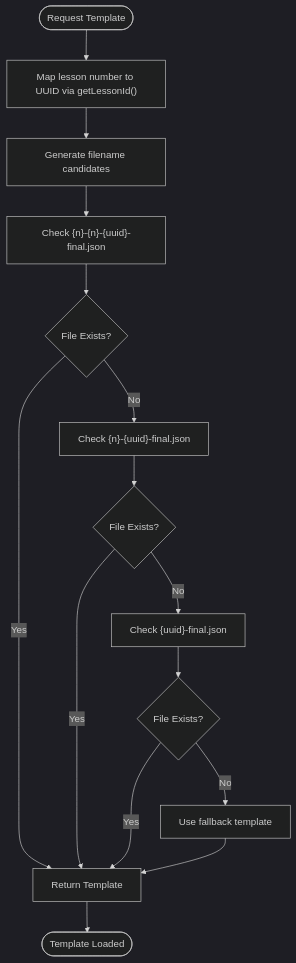
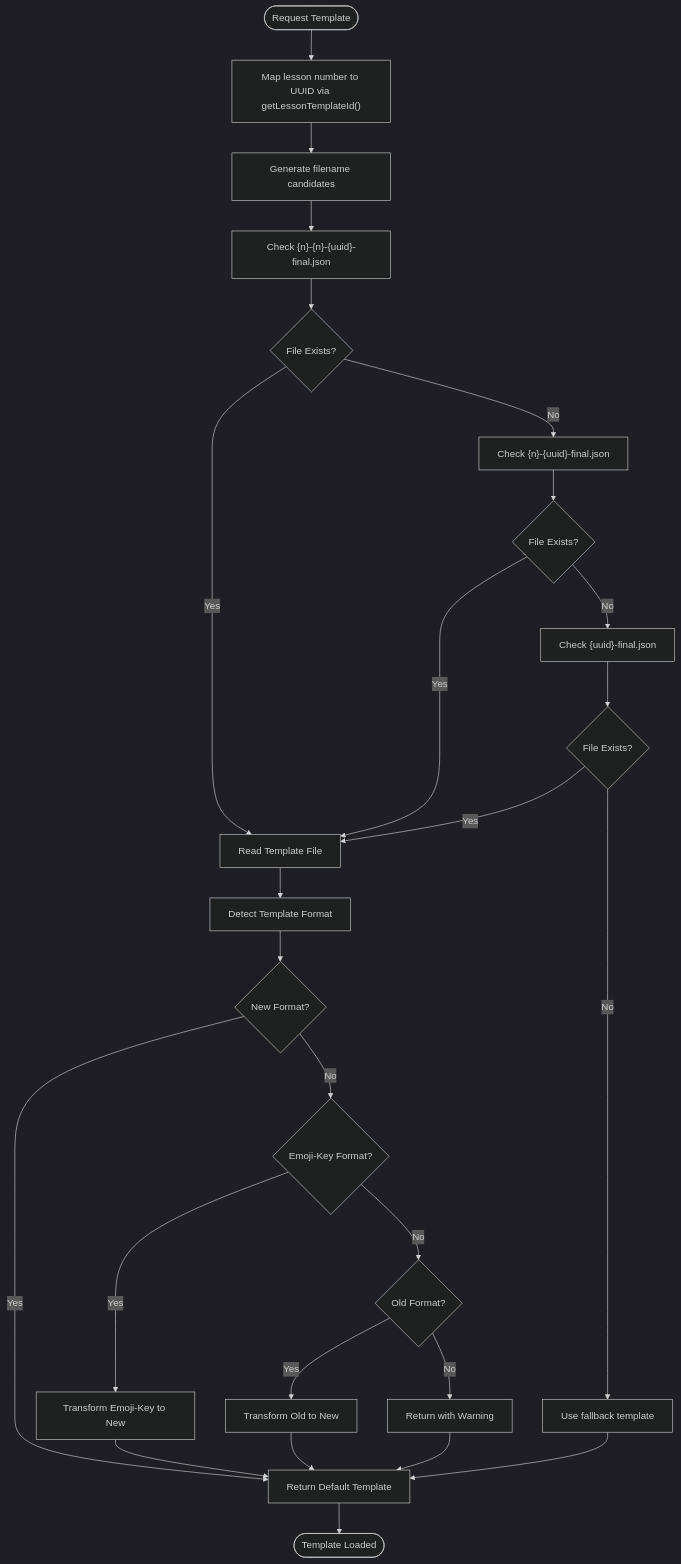
The first of 6 diagrams in .qoder/repowiki/en/content/Personalization Engine/Template Loading Strategy.md (lommaks777/pesonalisev2), drawn with Mermaid (dark theme) before and after one commit. The commit also changed other lines of this file and 16 other files, not shown here.

First line of the commit message:
feat(api): add CORS support and default template fallback for persona endpoints

````diff
--- a/.qoder/repowiki/en/content/Personalization Engine/Template Loading Strategy.md
+++ b/.qoder/repowiki/en/content/Personalization Engine/Template Loading Strategy.md
@@ -31,17 +41,28 @@
 ```mermaid
 flowchart TD
-Start([Request Template]) --> MapLessonId["Map lesson number to UUID via getLessonId()"]
+Start([Request Template]) --> MapLessonId["Map lesson number to UUID via getLessonTemplateId()"]
 MapLessonId --> GenerateCandidates["Generate filename candidates"]
 GenerateCandidates --> CheckFile1["Check {n}-{n}-{uuid}-final.json"]
 CheckFile1 --> FileExists1{File Exists?}
-FileExists1 --> |Yes| ReturnTemplate["Return Template"]
+FileExists1 --> |Yes| ReadTemplate["Read Template File"]
 FileExists1 --> |No| CheckFile2["Check {n}-{uuid}-final.json"]
 CheckFile2 --> FileExists2{File Exists?}
-FileExists2 --> |Yes| ReturnTemplate
+FileExists2 --> |Yes| ReadTemplate
 FileExists2 --> |No| CheckFile3["Check {uuid}-final.json"]
 CheckFile3 --> FileExists3{File Exists?}
-FileExists3 --> |Yes| ReturnTemplate
+FileExists3 --> |Yes| ReadTemplate
 FileExists3 --> |No| UseFallback["Use fallback template"]
-UseFallback --> ReturnTemplate
+UseFallback --> ReturnTemplate["Return Default Template"]
+ReadTemplate --> DetectFormat["Detect Template Format"]
+DetectFormat --> IsNew{New Format?}
+IsNew --> |Yes| ReturnTemplate
+IsNew --> |No| IsEmoji{Emoji-Key Format?}
+IsEmoji --> |Yes| TransformEmoji["Transform Emoji-Key to New"]
+IsEmoji --> |No| IsOld{Old Format?}
+IsOld --> |Yes| TransformOld["Transform Old to New"]
+IsOld --> |No| ReturnAsIs["Return with Warning"]
+TransformEmoji --> ReturnTemplate
+TransformOld --> ReturnTemplate
+ReturnAsIs --> ReturnTemplate
 ReturnTemplate --> End([Template Loaded])
 ```
````
